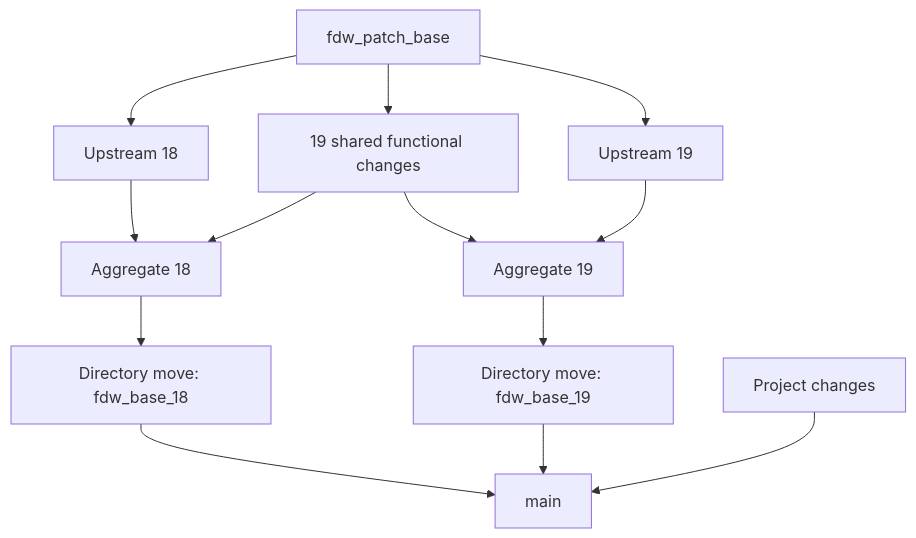
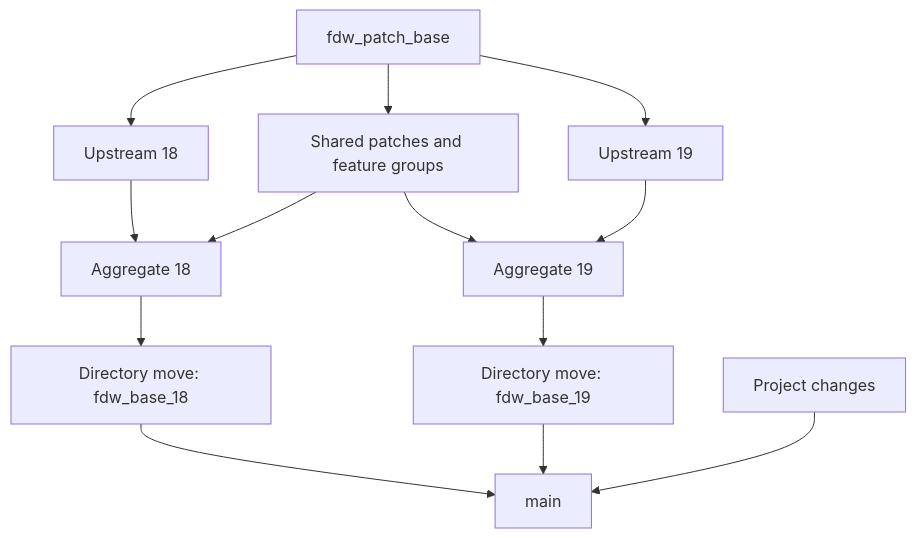
One commit to mkleczek/pgwrh changed the diagram in pgwrh_fdw/UPSTREAM.md. Above: the diagram before and after it, drawn with Mermaid. The commit also changed other lines of this file and 3 other files, not shown here.

````diff
--- a/pgwrh_fdw/UPSTREAM.md
+++ b/pgwrh_fdw/UPSTREAM.md
@@ -37,15 +37,15 @@
 ```mermaid
 graph TD
     B[fdw_patch_base] --> U18[Upstream 18]
-    B --> P[19 shared functional changes]
+    B --> P[Shared patches and feature groups]
     B --> U19[Upstream 19]
     U18 --> A18[Aggregate 18]
     P --> A18
     P --> A19[Aggregate 19]
     U19 --> A19
     A18 --> M18[Directory move: fdw_base_18]
     A19 --> M19[Directory move: fdw_base_19]
     M18 --> MAIN[main]
     M19 --> MAIN
     PROJECT[Project changes] --> MAIN
 ```
````
